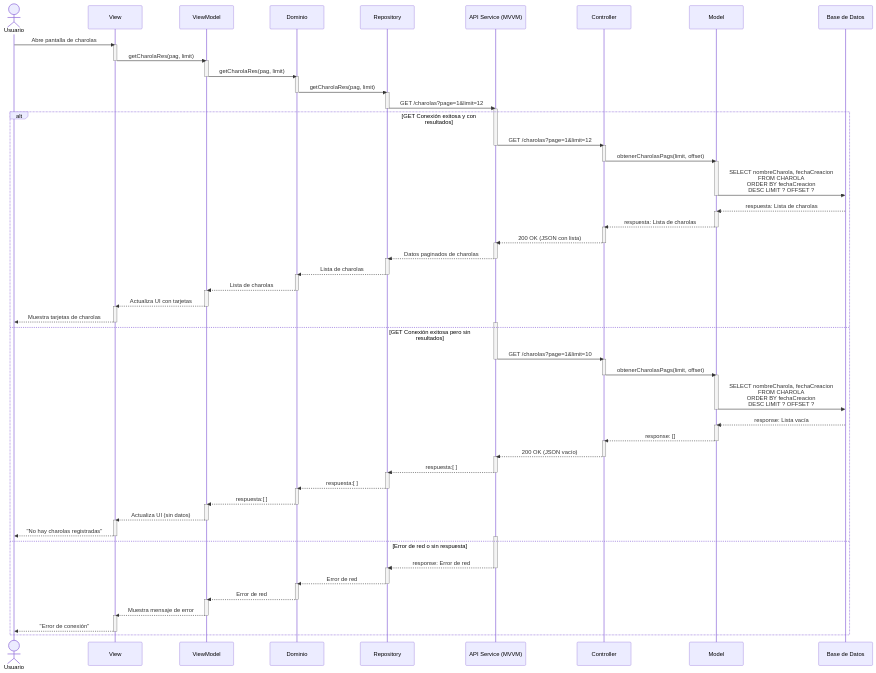
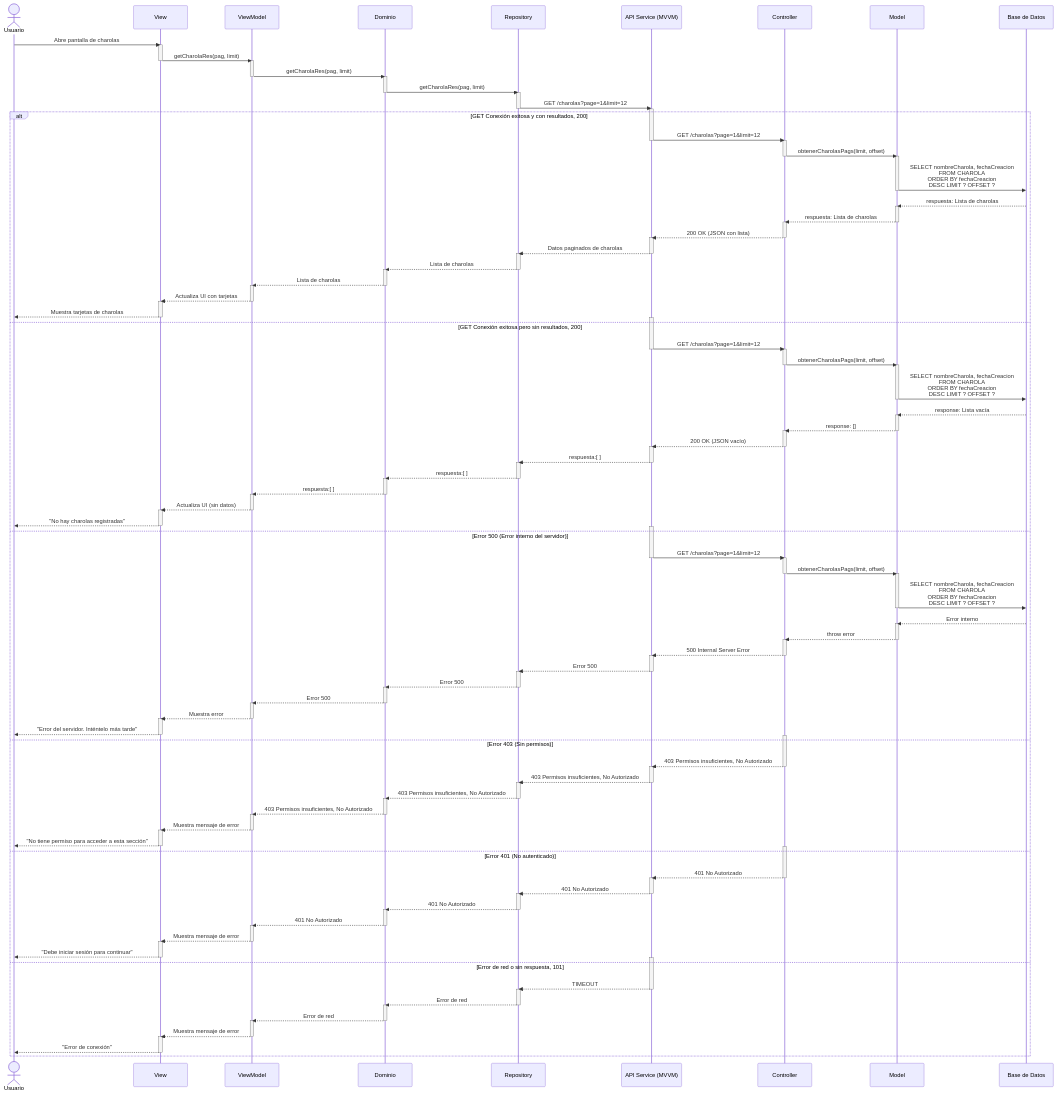
The diagram in documentation/docs/proyectos/larvas/documentacion/requisitos/RF16.md (CodeAnd-Co/Documentacion), drawn with Mermaid before and after one commit.

Commit message:
Actualizar diagrama de secuencia

````diff
--- a/documentation/docs/proyectos/larvas/documentacion/requisitos/RF16.md
+++ b/documentation/docs/proyectos/larvas/documentacion/requisitos/RF16.md
@@ -48,10 +48,10 @@
     activate Repository
     Repository->>APIService: GET /charolas?page=1&limit=12
     deactivate Repository
+
     activate APIService
     
-    alt GET Conexión exitosa y con resultados
-        
+    alt GET Conexión exitosa y con resultados, 200
         APIService->>Controller: GET /charolas?page=1&limit=12
         deactivate APIService
 
@@ -92,11 +92,11 @@
         activate View
         View-->>Usuario: Muestra tarjetas de charolas
         deactivate View
+
         activate APIService
 
-    else GET Conexión exitosa pero sin resultados
-        
-        APIService->>Controller: GET /charolas?page=1&limit=10
+    else GET Conexión exitosa pero sin resultados, 200
+        APIService->>Controller: GET /charolas?page=1&limit=12
         deactivate APIService
 
         activate Controller
@@ -136,10 +136,106 @@
         activate View
         View-->>Usuario: "No hay charolas registradas"
         deactivate View
+
         activate APIService
 
-    else Error de red o sin respuesta
-        APIService-->>Repository: response: Error de red
+    else Error 500 (Error interno del servidor)
+        APIService->>Controller: GET /charolas?page=1&limit=12
+        deactivate APIService
+
+        activate Controller
+        Controller->>Model: obtenerCharolasPags(limit, offset)
+        deactivate Controller
+
+        activate Model
+        Model->>Database: SELECT nombreCharola, fechaCreacion <br>FROM CHAROLA <br>ORDER BY fechaCreacion <br>DESC LIMIT ? OFFSET ?
+        deactivate Model
+
+        Database-->>Model: Error interno
+        activate Model
+        Model-->>Controller: throw error
+        deactivate Model
+
+        activate Controller
+        Controller-->>APIService: 500 Internal Server Error
+        deactivate Controller
+
+        activate APIService
+        APIService-->>Repository: Error 500
+        deactivate APIService
+
+        activate Repository
+        Repository-->>Domain: Error 500
+        deactivate Repository
+
+        activate Domain
+        Domain-->>ViewModel: Error 500
+        deactivate Domain
+
+        activate ViewModel
+        ViewModel-->>View: Muestra error
+        deactivate ViewModel
+
+        activate View
+        View-->>Usuario: "Error del servidor. Inténtelo más tarde"
+        deactivate View
+
+        activate Controller
+
+    else Error 403 (Sin permisos)
+        Controller-->>APIService: 403 Permisos insuficientes, No Autorizado
+        deactivate Controller
+
+        activate APIService
+        APIService-->>Repository: 403 Permisos insuficientes, No Autorizado
+        deactivate APIService
+
+        activate Repository
+        Repository-->>Domain: 403 Permisos insuficientes, No Autorizado
+        deactivate Repository
+
+        activate Domain
+        Domain-->>ViewModel: 403 Permisos insuficientes, No Autorizado
+        deactivate Domain
+
+        activate ViewModel
+        ViewModel-->>View: Muestra mensaje de error
+        deactivate ViewModel
+
+        activate View
+        View-->>Usuario: "No tiene permiso para acceder a esta sección"
+        deactivate View
+
+        activate Controller
+
+    else Error 401 (No autenticado)
+        Controller-->>APIService: 401 No Autorizado
+        deactivate Controller
+
+        activate APIService
+        APIService-->>Repository: 401 No Autorizado
+        deactivate APIService
+
+        activate Repository
+        Repository-->>Domain: 401 No Autorizado
+        deactivate Repository
+
+        activate Domain
+        Domain-->>ViewModel: 401 No Autorizado
+        deactivate Domain
+
+        activate ViewModel
+        ViewModel-->>View: Muestra mensaje de error
+        deactivate ViewModel
+
+        activate View
+        View-->>Usuario: "Debe iniciar sesión para continuar"
+        deactivate View
+
+        activate APIService
+
+    else Error de red o sin respuesta, 101
+        APIService-->>Repository: TIMEOUT
         deactivate APIService
 
         activate Repository
@@ -158,6 +254,4 @@
         View-->>Usuario: "Error de conexión"
         deactivate View
     end
-
-
 ```
````
